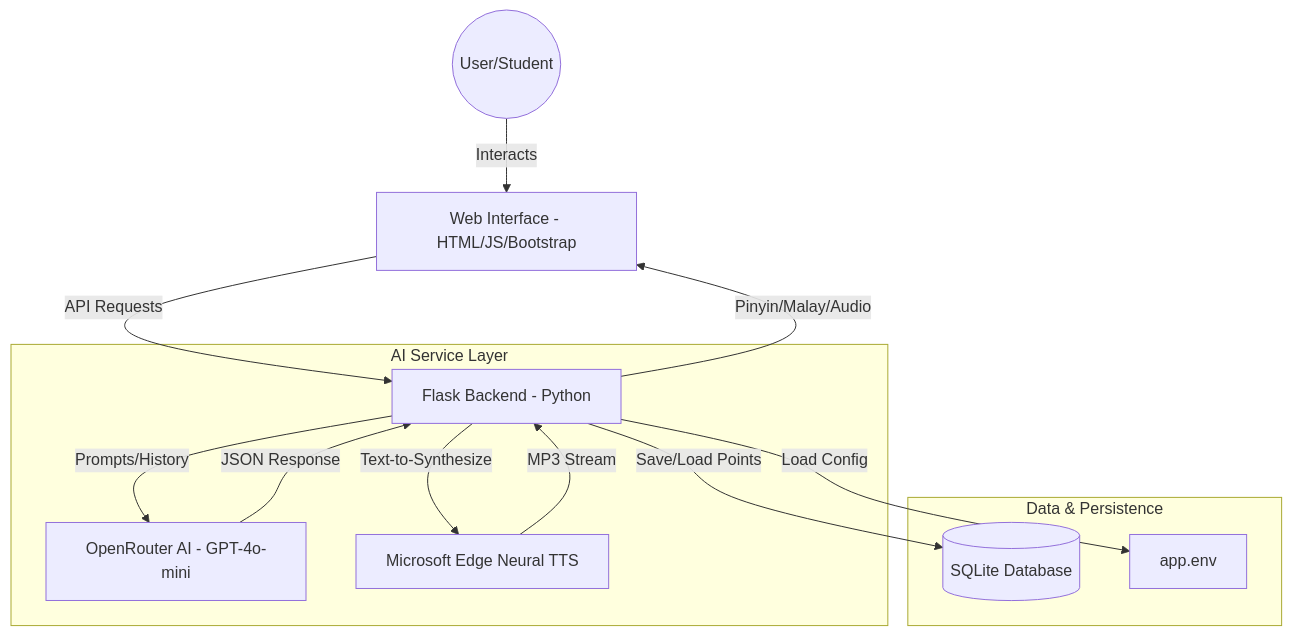
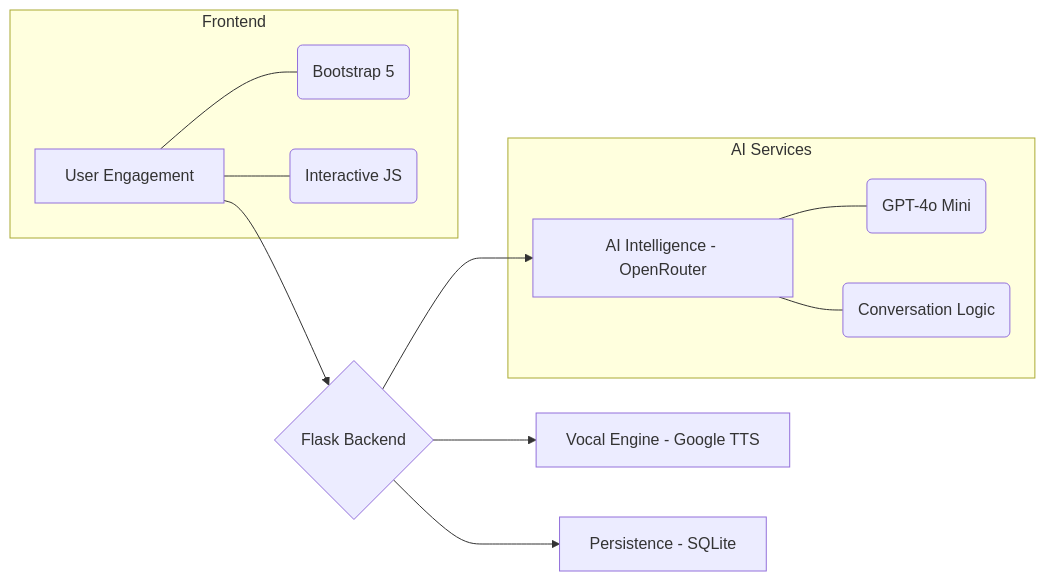
Before and after one commit to izwanGit/LaoshiYu-Chatbot-: the diagram in README.md, drawn with Mermaid. The commit also changed other lines of this file, not shown here.

Commit message:
Documentation: Complete visual overhaul of README with interface showcase

````diff
--- a/README.md
+++ b/README.md
@@ -21,19 +36,17 @@
 ```mermaid
-graph TD
-    User((User/Student)) -- Interacts --> UI[Web Interface - HTML/JS/Bootstrap]
-    UI -- API Requests --> Flask[Flask Backend - Python]
+graph LR
+    A[User Engagement] --> B{Flask Backend}
+    B --> C[AI Intelligence - OpenRouter]
+    B --> D[Vocal Engine - Google TTS]
+    B --> E[Persistence - SQLite]
     
-    subgraph AI Service Layer
-        Flask -- Prompts/History --> OpenRouter[OpenRouter AI - GPT-4o-mini]
-        Flask -- Text-to-Synthesize --> EdgeTTS[Microsoft Edge Neural TTS]
+    subgraph "AI Services"
+    C --- C1(GPT-4o Mini)
+    C --- C2(Conversation Logic)
     end
     
-    subgraph Data & Persistence
-        Flask -- Save/Load Points --> SQLite[(SQLite Database)]
-        Flask -- Load Config --> Env[app.env]
+    subgraph "Frontend"
+    A --- A1(Bootstrap 5)
+    A --- A2(Interactive JS)
     end
-    
-    OpenRouter -- JSON Response --> Flask
-    EdgeTTS -- MP3 Stream --> Flask
-    Flask -- Pinyin/Malay/Audio --> UI
 ```
````
